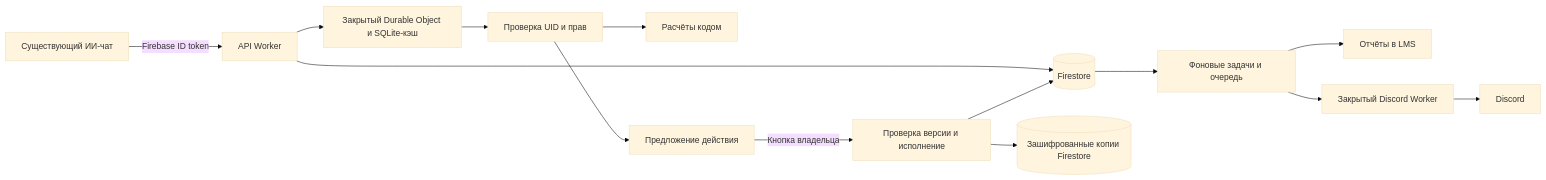
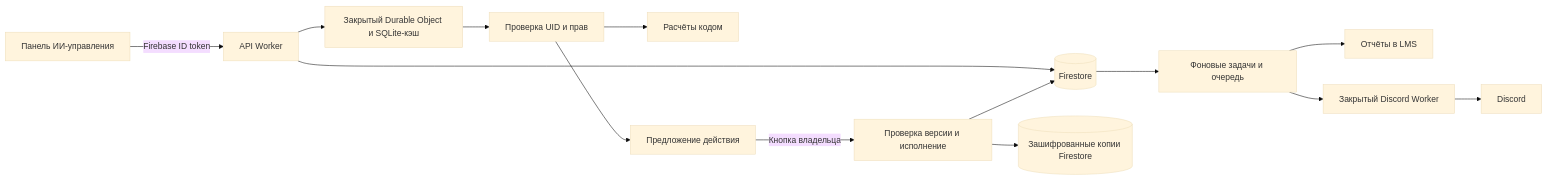
The diagram in docs/AI_CONTROL_IMPLEMENTATION.md (msleaderindustry-hue/Test-LMS), drawn with Mermaid (base theme) before and after one commit. The commit also changed other lines of this file and 27 other files, not shown here.

````diff
--- a/docs/AI_CONTROL_IMPLEMENTATION.md
+++ b/docs/AI_CONTROL_IMPLEMENTATION.md
@@ -45,16 +45,16 @@
 ```mermaid
 flowchart LR
-  UI[Существующий ИИ-чат] -->|Firebase ID token| API[API Worker]
+  UI[Панель ИИ-управления] -->|Firebase ID token| API[API Worker]
   API --> RUNTIME[Закрытый Durable Object и SQLite-кэш]
   RUNTIME --> AUTH[Проверка UID и прав]
   AUTH --> CALC[Расчёты кодом]
   AUTH --> PROPOSAL[Предложение действия]
   PROPOSAL -->|Кнопка владельца| APPLY[Проверка версии и исполнение]
   API --> DB[(Firestore)]
   APPLY --> DB
   APPLY --> BACKUP[(Зашифрованные копии Firestore)]
   DB --> JOBS[Фоновые задачи и очередь]
   JOBS --> REPORT[Отчёты в LMS]
   JOBS --> RELAY[Закрытый Discord Worker]
   RELAY --> DISCORD[Discord]
 ```
````
